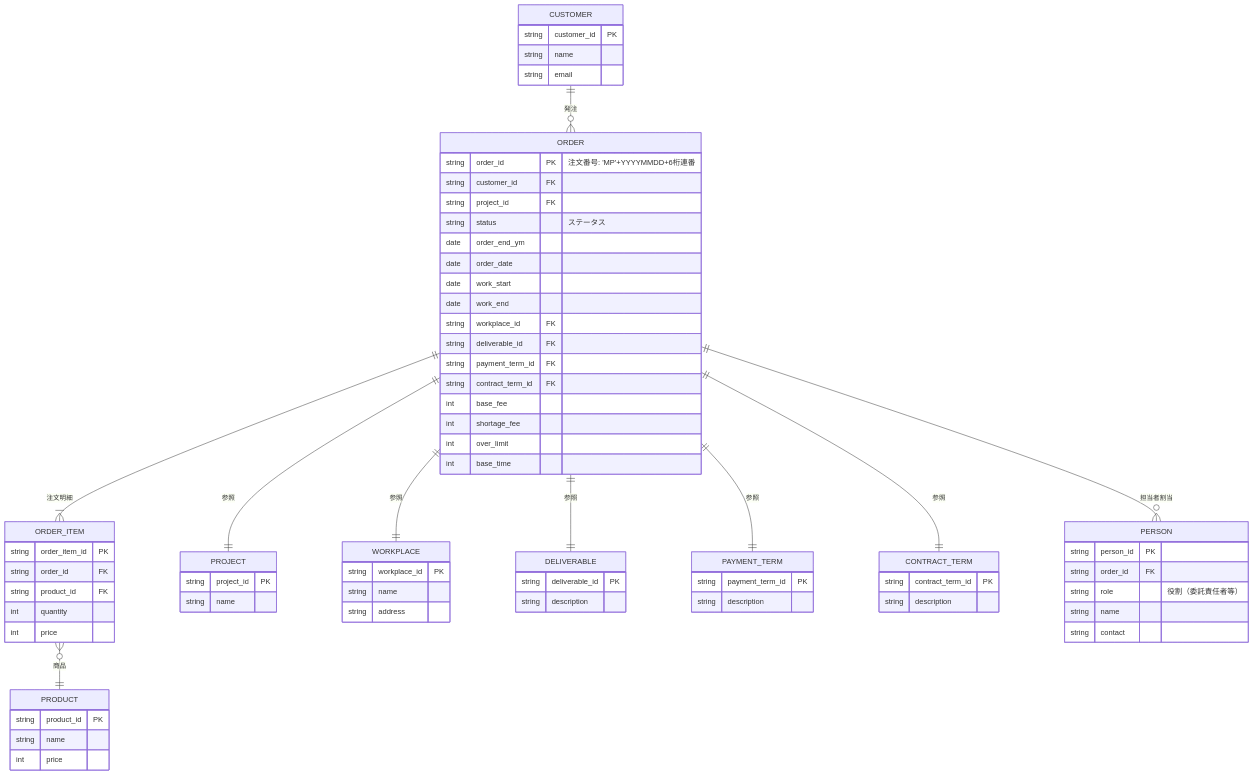
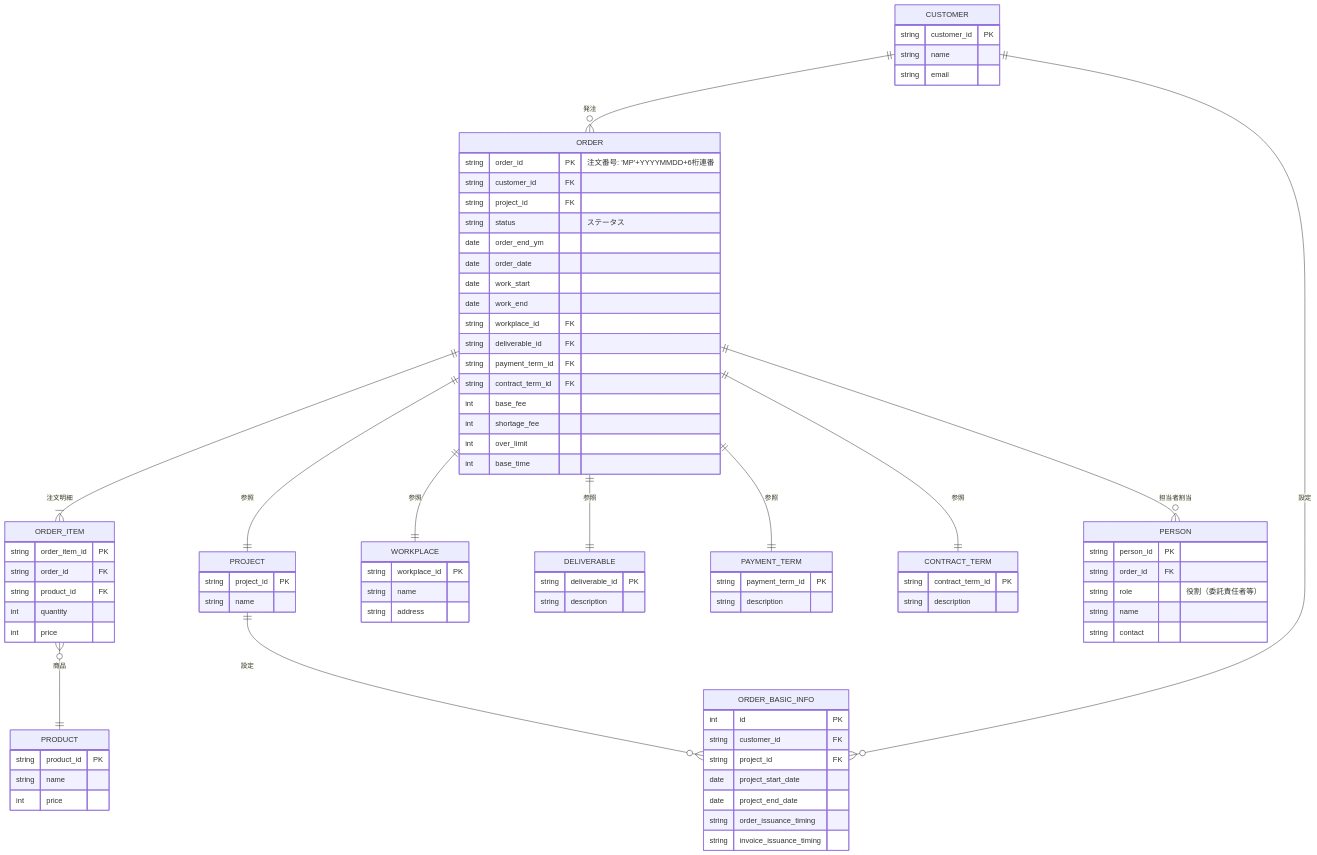
One commit to amagi019/EDI_MP changed the second of 2 diagrams in 設計書/発注管理_業務フロー図_ER図.md. Above: the diagram before and after it, drawn with Mermaid. The commit also changed other lines of this file and 17 other files, not shown here.

````diff
--- a/設計書/発注管理_業務フロー図_ER図.md
+++ b/設計書/発注管理_業務フロー図_ER図.md
@@ -14,6 +15,8 @@
 ```mermaid
 erDiagram
     CUSTOMER ||--o{ ORDER : "発注"
+    CUSTOMER ||--o{ ORDER_BASIC_INFO : "設定"
+    PROJECT ||--o{ ORDER_BASIC_INFO : "設定"
     ORDER ||--|{ ORDER_ITEM : "注文明細"
     ORDER_ITEM }o--|| PRODUCT : "商品"
     ORDER ||--|| PROJECT : "参照"
@@ -86,4 +89,13 @@
         string name
         int price
     }
+    ORDER_BASIC_INFO {
+        int    id PK
+        string customer_id FK
+        string project_id FK
+        date   project_start_date
+        date   project_end_date
+        string order_issuance_timing
+        string invoice_issuance_timing
+    }
 ```
````
